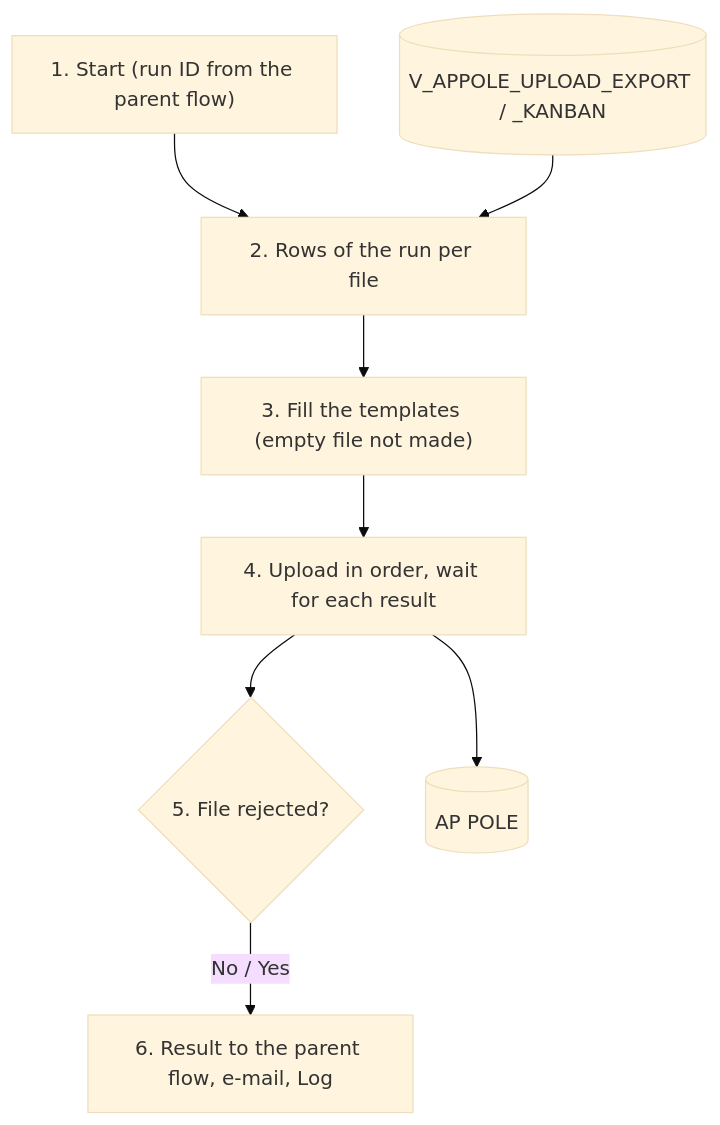
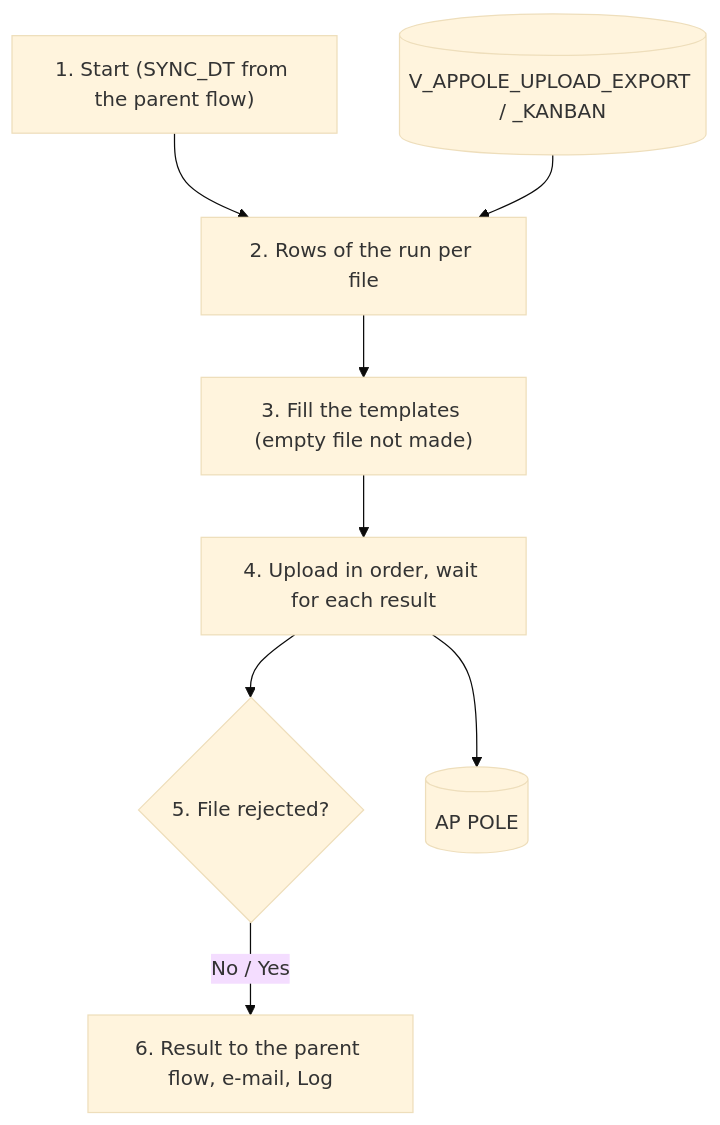
Before and after one commit to ivanrayhannn/crossdockpoc: the diagram in prepare_code/uiss/XD07_Batch_IFCrossDockMasterToAPPOLE.md, drawn with Mermaid (base theme). The commit also changed other lines of this file and 46 other files, not shown here.

First line of the commit message:
Staging: run = SYNC_DT, SYNC_STATUS 0/1, one unsent row per key

````diff
--- a/prepare_code/uiss/XD07_Batch_IFCrossDockMasterToAPPOLE.md
+++ b/prepare_code/uiss/XD07_Batch_IFCrossDockMasterToAPPOLE.md
@@ -92,18 +93,18 @@
 ```mermaid
 flowchart TB
-  p1["1. Start (run ID from the parent flow)"]
+  p1["1. Start (SYNC_DT from the parent flow)"]
   src[("V_APPOLE_UPLOAD_EXPORT / _KANBAN")]
   p2["2. Rows of the run per file"]
   p3["3. Fill the templates (empty file not made)"]
   p4["4. Upload in order, wait for each result"]
   d{"5. File rejected?"}
   p6["6. Result to the parent flow, e-mail, Log"]
   ap[("AP POLE")]
   p1 --> p2
   src --> p2
   p2 --> p3
   p3 --> p4
   p4 --> ap
   p4 --> d
   d -->|No / Yes| p6
 ```
````
